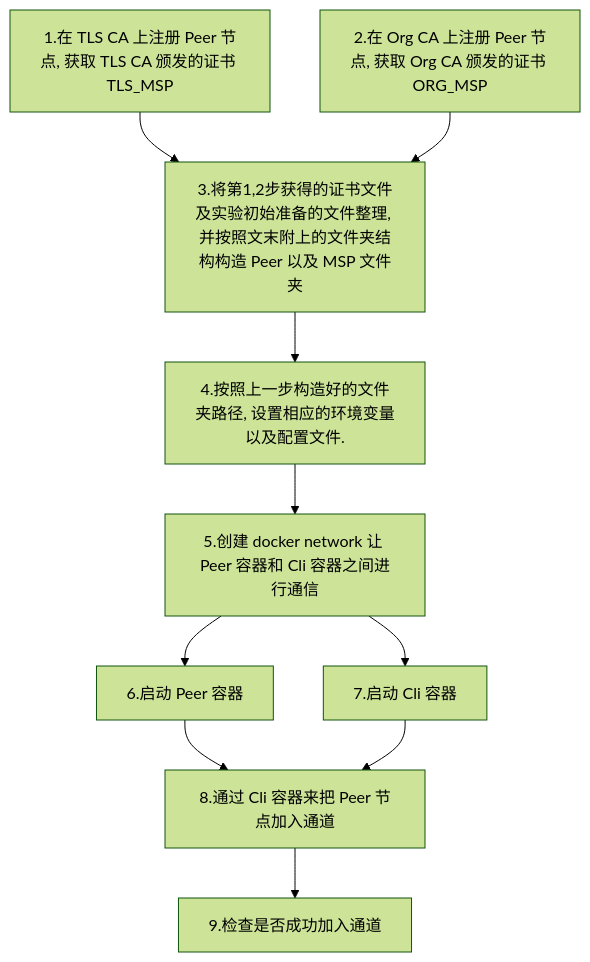
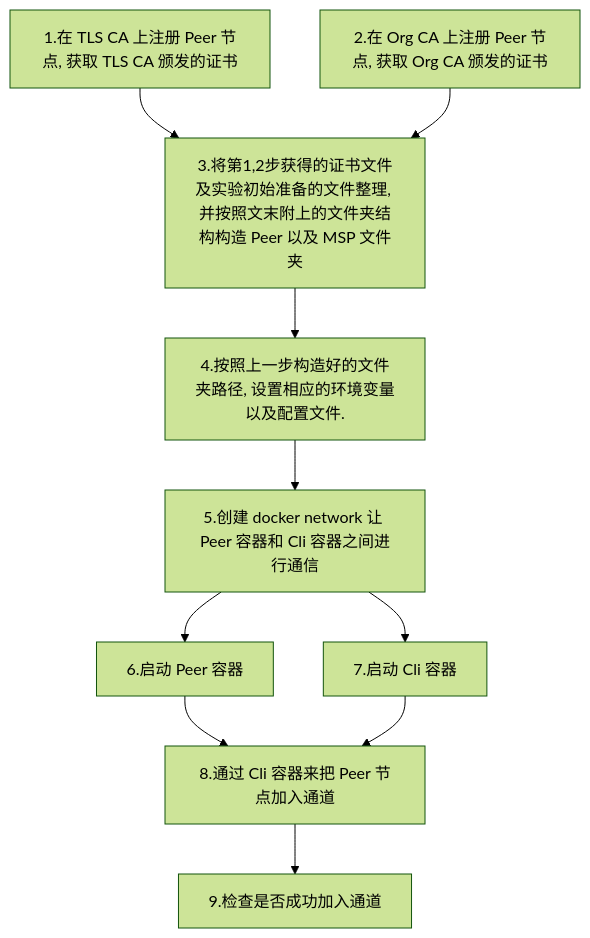
One commit to lluckydog/blockchainlab-2022 changed the diagram in lab3/实验三.md. Above: the diagram before and after it, drawn with Mermaid (forest theme).

Commit message:
docs: update lab 3 document

````diff
--- a/lab3/实验三.md
+++ b/lab3/实验三.md
@@ -30,28 +30,28 @@
 ```mermaid
 flowchart TD
 
-A[1.在 TLS CA 上注册 Peer 节点, 获取 TLS CA 颁发的证书 TLS_MSP]
-B[2.在 Org CA 上注册 Peer 节点, 获取 Org CA 颁发的证书 ORG_MSP]
+A[1.在 TLS CA 上注册 Peer 节点, 获取 TLS CA 颁发的证书]
+B[2.在 Org CA 上注册 Peer 节点, 获取 Org CA 颁发的证书]
 
 C[3.将第1,2步获得的证书文件及实验初始准备的文件整理, 并按照文末附上的文件夹结构构造 Peer 以及 MSP 文件夹]
 
 D[4.按照上一步构造好的文件夹路径, 设置相应的环境变量以及配置文件.]
 
 E[5.创建 docker network 让 Peer 容器和 Cli 容器之间进行通信]
 
 F[6.启动 Peer 容器]
 G[7.启动 Cli 容器]
 H[8.通过 Cli 容器来把 Peer 节点加入通道]
 I[9.检查是否成功加入通道]
 
 A-->C
 B-->C
 C-->D
 D-->E
 E-->F
 E-->G
 F-->H
 G-->H
 H-->I
 
 ```
````
